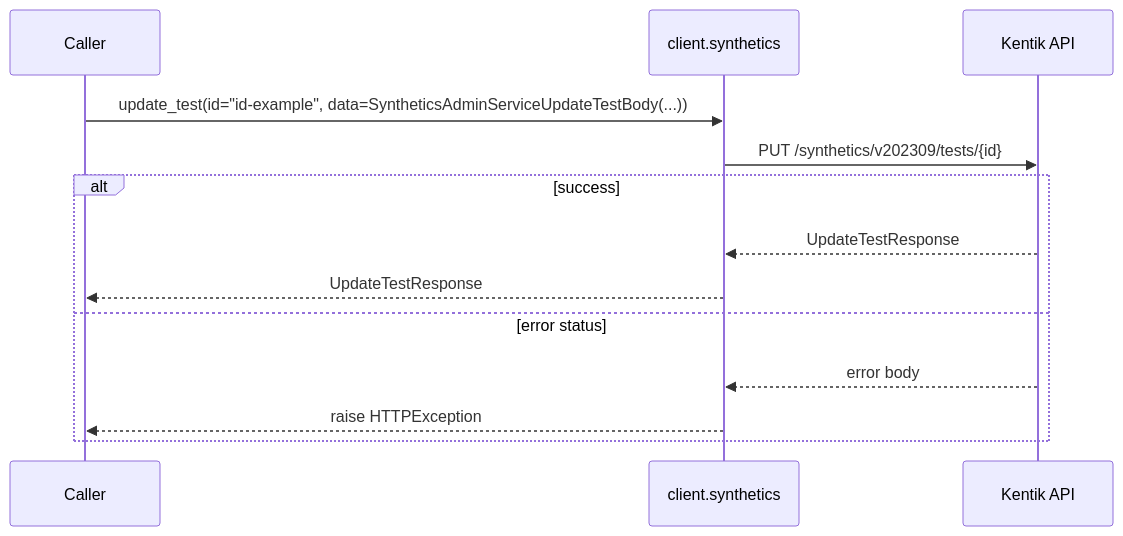
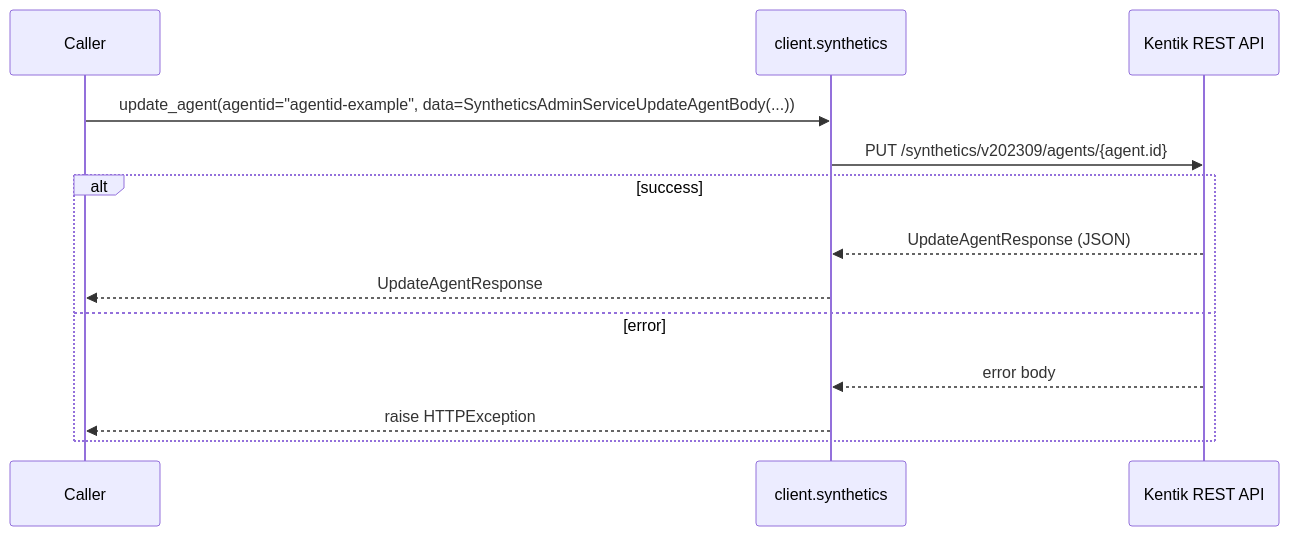
Before and after one commit to alexdearaujo/community_sdk_python: diagram 16 of 38 in docs/sphinx/services/synthetics.md, drawn with Mermaid. The commit also changed other lines of this file and 61 other files, not shown here.

````diff
--- a/docs/sphinx/services/synthetics.md
+++ b/docs/sphinx/services/synthetics.md
@@ -621,16 +554,16 @@
 ```mermaid
 sequenceDiagram
     participant C as Caller
     participant W as client.synthetics
-    participant API as Kentik API
+    participant API as Kentik REST API
 
-    C->>W: update_test(id="id-example", data=SyntheticsAdminServiceUpdateTestBody(...))
-    W->>API: PUT /synthetics/v202309/tests/{id}
+    C->>W: update_agent(agentid="agentid-example", data=SyntheticsAdminServiceUpdateAgentBody(...))
+    W->>API: PUT /synthetics/v202309/agents/{agent.id}
     alt success
-        API-->>W: UpdateTestResponse
-        W-->>C: UpdateTestResponse
-    else error status
+        API-->>W: UpdateAgentResponse (JSON)
+        W-->>C: UpdateAgentResponse
+    else error
         API-->>W: error body
         W-->>C: raise HTTPException
     end
 ```
````
